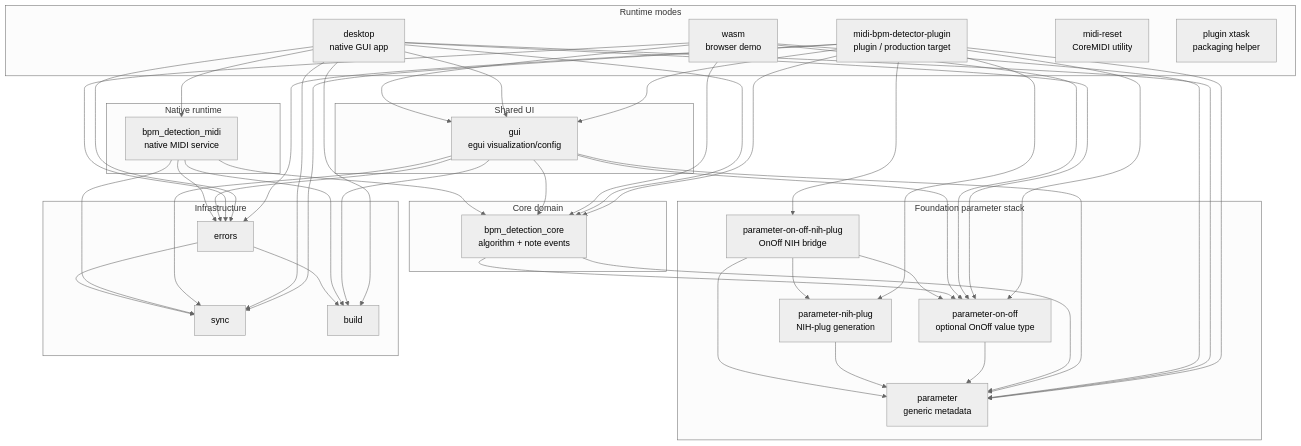
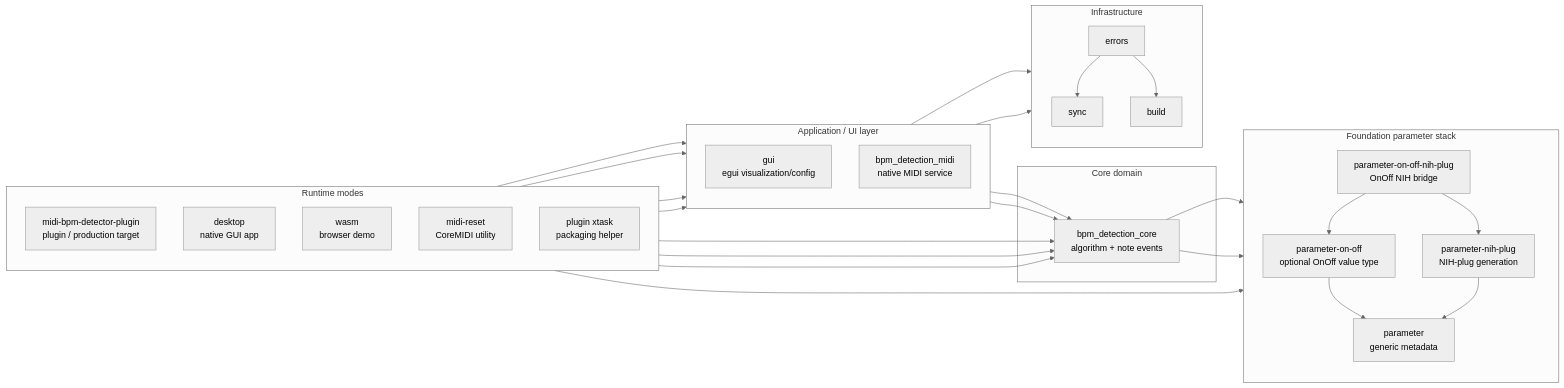
The diagram in rust/architecture.md (valsteen/midi_bpm_detection), drawn with Mermaid (neutral theme) before and after one commit.

Commit message:
improve dependency graph

````diff
--- a/rust/architecture.md
+++ b/rust/architecture.md
@@ -24,81 +24,63 @@
 ```mermaid
-flowchart TD
+flowchart LR
     subgraph modes["Runtime modes"]
+        direction TB
         plugin["midi-bpm-detector-plugin<br/>plugin / production target"]
         desktop["desktop<br/>native GUI app"]
         wasm["wasm<br/>browser demo"]
         midi_reset["midi-reset<br/>CoreMIDI utility"]
         xtask["plugin xtask<br/>packaging helper"]
     end
 
-    subgraph shared_ui["Shared UI"]
+    subgraph app_layer["Application / UI layer"]
+        direction TB
         gui["gui<br/>egui visualization/config"]
-    end
-
-    subgraph native_runtime["Native runtime"]
         midi["bpm_detection_midi<br/>native MIDI service"]
     end
 
     subgraph domain["Core domain"]
         core["bpm_detection_core<br/>algorithm + note events"]
     end
 
     subgraph foundation["Foundation parameter stack"]
+        direction TB
+        parameter_on_off_nih["parameter-on-off-nih-plug<br/>OnOff NIH bridge"]
+        parameter_nih["parameter-nih-plug<br/>NIH-plug generation"]
+        parameter_on_off["parameter-on-off<br/>optional OnOff value type"]
         parameter["parameter<br/>generic metadata"]
-        parameter_on_off["parameter-on-off<br/>optional OnOff value type"]
-        parameter_nih["parameter-nih-plug<br/>NIH-plug generation"]
-        parameter_on_off_nih["parameter-on-off-nih-plug<br/>OnOff NIH bridge"]
     end
 
     subgraph infra["Infrastructure"]
+        direction TB
         errors["errors"]
         sync["sync"]
         build["build"]
     end
 
+    plugin --> gui
     plugin --> core
-    plugin --> gui
-    plugin --> parameter
-    plugin --> parameter_on_off
-    plugin --> parameter_nih
     plugin --> parameter_on_off_nih
-    plugin --> errors
-    plugin --> sync
 
     desktop --> gui
     desktop --> midi
     desktop --> core
-    desktop --> parameter
-    desktop --> parameter_on_off
-    desktop --> errors
-    desktop --> sync
-    desktop --> build
 
     wasm --> gui
     wasm --> core
-    wasm --> parameter
-    wasm --> parameter_on_off
-    wasm --> errors
 
     gui --> core
-    gui --> parameter
-    gui --> parameter_on_off
-    gui --> errors
-    gui --> sync
-    gui --> build
+    midi --> core
 
-    midi --> core
-    midi --> errors
-    midi --> sync
-    midi --> build
-
-    core --> parameter
     core --> parameter_on_off
     parameter_on_off --> parameter
-    parameter_nih --> parameter
-    parameter_on_off_nih --> parameter
+
     parameter_on_off_nih --> parameter_on_off
     parameter_on_off_nih --> parameter_nih
+    parameter_nih --> parameter
+
+    gui --> infra
+    midi --> infra
+    core --> parameter
     errors --> sync
     errors --> build
 ```
````
